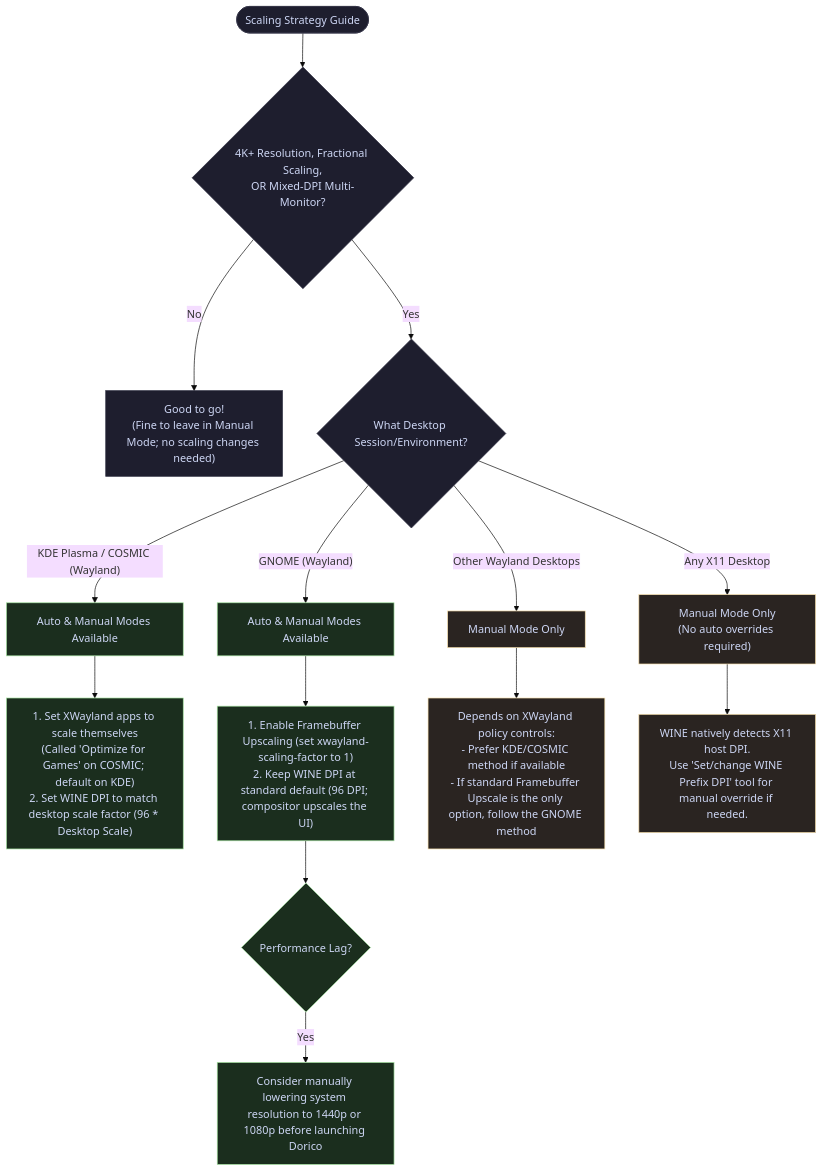
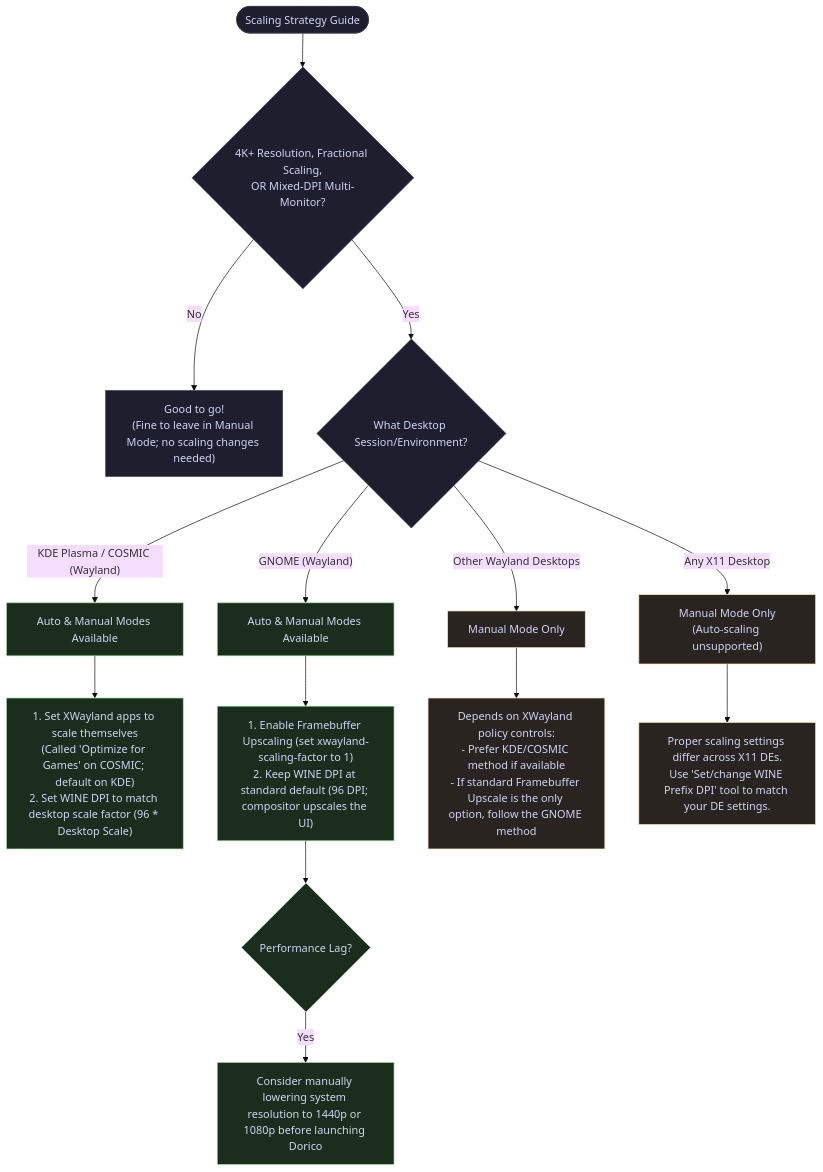
The diagram in README.md (snakeeyes021/valerio), drawn with Mermaid (base theme) before and after one commit. The commit also changed other lines of this file and 3 other files, not shown here.

````diff
--- a/README.md
+++ b/README.md
@@ -103,35 +103,35 @@
 ```mermaid
 graph TD
     Start(["Scaling Strategy Guide"]):::normal
     Fork{"4K+ Resolution, Fractional Scaling,\nOR Mixed-DPI Multi-Monitor?"}:::normal
     LowRes["Good to go!\n(Fine to leave in Manual Mode; no scaling changes needed)"]:::normal
     DE{"What Desktop Session/Environment?"}:::normal
     KDEPath["Auto & Manual Modes Available"]:::auto
     GnomePath["Auto & Manual Modes Available"]:::auto
-    X11Path["Manual Mode Only\n(No auto overrides required)"]:::manual
+    X11Path["Manual Mode Only\n(Auto-scaling unsupported)"]:::manual
     OtherWayland["Manual Mode Only"]:::manual
     KDEAction["1. Set XWayland apps to scale themselves\n(Called 'Optimize for Games' on COSMIC; default on KDE)\n2. Set WINE DPI to match desktop scale factor (96 * Desktop Scale)"]:::auto
     GnomeAction["1. Enable Framebuffer Upscaling (set xwayland-scaling-factor to 1)\n2. Keep WINE DPI at standard default (96 DPI; compositor upscales the UI)"]:::auto
     GnomeLag{"Performance Lag?"}:::auto
     GnomePerf["Consider manually lowering system resolution to 1440p or 1080p before launching Dorico"]:::auto
     OtherAction["Depends on XWayland policy controls:\n- Prefer KDE/COSMIC method if available\n- If standard Framebuffer Upscale is the only option, follow the GNOME method"]:::manual
-    X11Action["WINE natively detects X11 host DPI.\nUse 'Set/change WINE Prefix DPI' tool for manual override if needed."]:::manual
+    X11Action["Proper scaling settings differ across X11 DEs.\nUse 'Set/change WINE Prefix DPI' tool to match your DE settings."]:::manual
 
     Start --> Fork
     Fork -- "No" --> LowRes
     Fork -- "Yes" --> DE
     DE -- "KDE Plasma / COSMIC (Wayland)" --> KDEPath
     DE -- "GNOME (Wayland)" --> GnomePath
     DE -- "Any X11 Desktop" --> X11Path
     DE -- "Other Wayland Desktops" --> OtherWayland
     KDEPath --> KDEAction
     GnomePath --> GnomeAction
     GnomeAction --> GnomeLag
     GnomeLag -- "Yes" --> GnomePerf
     OtherWayland --> OtherAction
     X11Path --> X11Action
 
     classDef auto fill:#1b2e1e,stroke:#a6e3a1,stroke-width:1px,color:#cdd6f4;
     classDef manual fill:#2a2421,stroke:#f9e2af,stroke-width:1px,color:#cdd6f4;
     classDef normal fill:#1e1e2e,stroke:#313244,stroke-width:1px,color:#cdd6f4;
 ```
````
